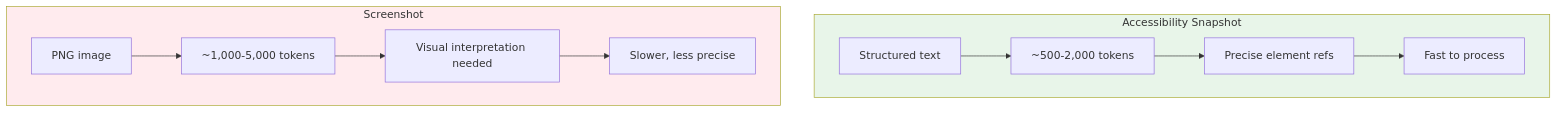
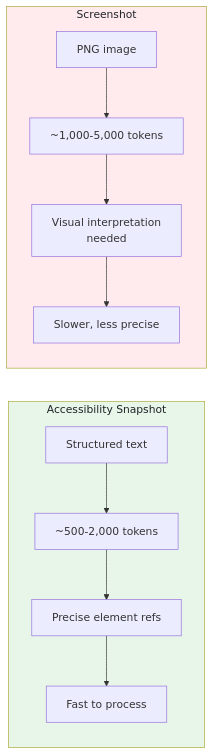
One commit to bytetunnels/bytetunnels.github.com changed the fourth of 5 diagrams in _posts/2026-02-25-playwright-mcp-server-connecting-browser-automation-ai-agents.md. Above: the diagram before and after it, drawn with Mermaid. The commit also changed other lines of this file and 118 other files, not shown here.

Commit message:
feat: improve diagram styling and compact wide flowcharts

````diff
--- a/_posts/2026-02-25-playwright-mcp-server-connecting-browser-automation-ai-agents.md
+++ b/_posts/2026-02-25-playwright-mcp-server-connecting-browser-automation-ai-agents.md
@@ -302,17 +302,17 @@
 ```mermaid
-graph TD
+graph LR
     subgraph SNAP["Accessibility Snapshot"]
         A["Structured text"] --> B["~500-2,000 tokens"]
         B --> C["Precise element refs"]
         C --> D["Fast to process"]
     end
 
     subgraph SCREEN["Screenshot"]
         E["PNG image"] --> F["~1,000-5,000 tokens"]
-        F --> G["Visual interpretation needed"]
+        F --> G["Visual interpretation<br/>needed"]
         G --> H["Slower, less precise"]
     end
 
-    style SNAP fill:#e8f5e9
-    style SCREEN fill:#ffebee
+    style SNAP fill:#e8f5e9,color:#1f2328
+    style SCREEN fill:#ffebee,color:#1f2328
 ```
````
